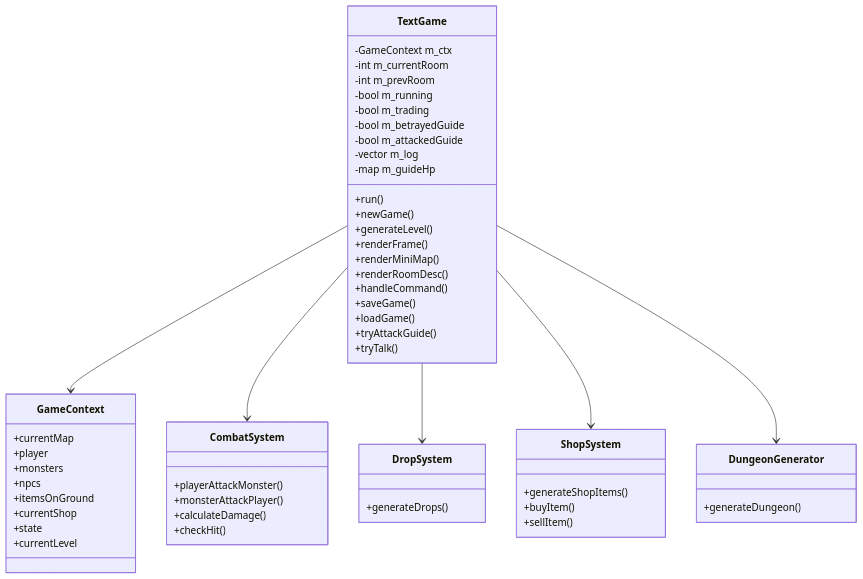
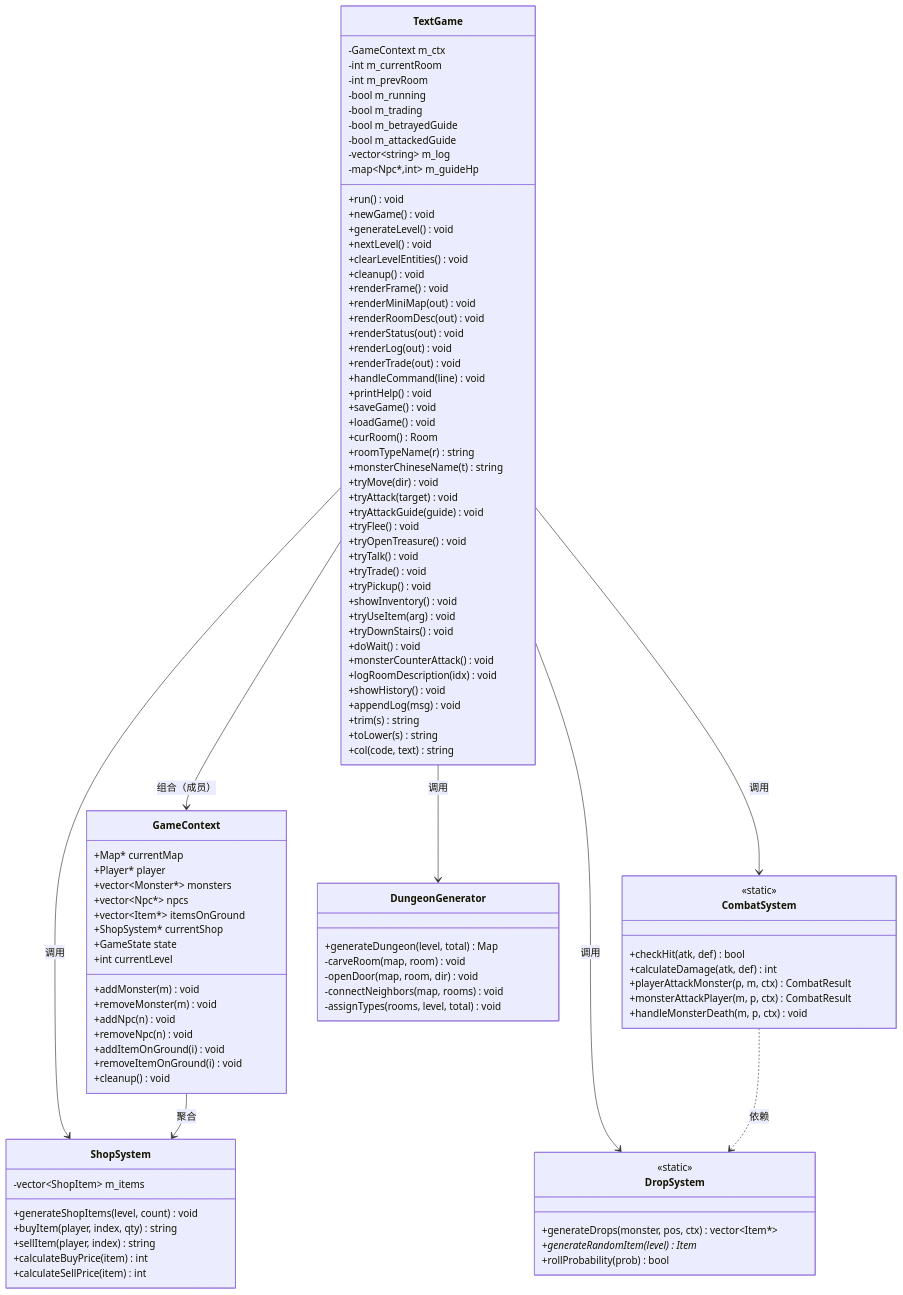
The first of 3 diagrams in 技术文档.md (BugMaker-orz/Code-class-MUD-game), drawn with Mermaid before and after one commit. The commit also changed other lines of this file, not shown here.

Commit message:
docs: expand UML class diagrams - add Map/Room layer, full TextGame methods, entity details, relation summary

````diff
--- a/技术文档.md
+++ b/技术文档.md
@@ -97,50 +97,98 @@
         -bool m_trading
         -bool m_betrayedGuide
         -bool m_attackedGuide
-        -vector m_log
-        -map m_guideHp
-        +run()
-        +newGame()
-        +generateLevel()
-        +renderFrame()
-        +renderMiniMap()
-        +renderRoomDesc()
-        +handleCommand()
-        +saveGame()
-        +loadGame()
-        +tryAttackGuide()
-        +tryTalk()
+        -vector~string~ m_log
+        -map~Npc*,int~ m_guideHp
+        +run() void
+        +newGame() void
+        +generateLevel() void
+        +nextLevel() void
+        +clearLevelEntities() void
+        +cleanup() void
+        +renderFrame() void
+        +renderMiniMap(out) void
+        +renderRoomDesc(out) void
+        +renderStatus(out) void
+        +renderLog(out) void
+        +renderTrade(out) void
+        +handleCommand(line) void
+        +printHelp() void
+        +saveGame() void
+        +loadGame() void
+        +curRoom() Room
+        +roomTypeName(r) string
+        +monsterChineseName(t) string
+        +tryMove(dir) void
+        +tryAttack(target) void
+        +tryAttackGuide(guide) void
+        +tryFlee() void
+        +tryOpenTreasure() void
+        +tryTalk() void
+        +tryTrade() void
+        +tryPickup() void
+        +showInventory() void
+        +tryUseItem(arg) void
+        +tryDownStairs() void
+        +doWait() void
+        +monsterCounterAttack() void
+        +logRoomDescription(idx) void
+        +showHistory() void
+        +appendLog(msg) void
+        +trim(s) string
+        +toLower(s) string
+        +col(code, text) string
     }
     class GameContext {
-        +currentMap
-        +player
-        +monsters
-        +npcs
-        +itemsOnGround
-        +currentShop
-        +state
-        +currentLevel
+        +Map* currentMap
+        +Player* player
+        +vector~Monster*~ monsters
+        +vector~Npc*~ npcs
+        +vector~Item*~ itemsOnGround
+        +ShopSystem* currentShop
+        +GameState state
+        +int currentLevel
+        +addMonster(m) void
+        +removeMonster(m) void
+        +addNpc(n) void
+        +removeNpc(n) void
+        +addItemOnGround(i) void
+        +removeItemOnGround(i) void
+        +cleanup() void
     }
     class CombatSystem {
-        +playerAttackMonster()
-        +monsterAttackPlayer()
-        +calculateDamage()
-        +checkHit()
+        <<static>>
+        +checkHit(atk, def) bool
+        +calculateDamage(atk, def) int
+        +playerAttackMonster(p, m, ctx) CombatResult
+        +monsterAttackPlayer(m, p, ctx) CombatResult
+        +handleMonsterDeath(m, p, ctx) void
     }
     class DropSystem {
-        +generateDrops()
+        <<static>>
+        +generateDrops(monster, pos, ctx) vector~Item*~
+        +generateRandomItem(level) Item*
+        +rollProbability(prob) bool
     }
     class ShopSystem {
-        +generateShopItems()
-        +buyItem()
-        +sellItem()
+        -vector~ShopItem~ m_items
+        +generateShopItems(level, count) void
+        +buyItem(player, index, qty) string
+        +sellItem(player, index) string
+        +calculateBuyPrice(item) int
+        +calculateSellPrice(item) int
     }
     class DungeonGenerator {
-        +generateDungeon()
+        +generateDungeon(level, total) Map
+        -carveRoom(map, room) void
+        -openDoor(map, room, dir) void
+        -connectNeighbors(map, rooms) void
+        -assignTypes(rooms, level, total) void
     }
-    TextGame --> GameContext
-    TextGame --> CombatSystem
-    TextGame --> DropSystem
-    TextGame --> ShopSystem
-    TextGame --> DungeonGenerator
+    TextGame --> GameContext : 组合（成员）
+    TextGame --> CombatSystem : 调用
+    TextGame --> DropSystem : 调用
+    TextGame --> ShopSystem : 调用
+    TextGame --> DungeonGenerator : 调用
+    CombatSystem ..> DropSystem : 依赖
+    GameContext --> ShopSystem : 聚合
 ```
````
